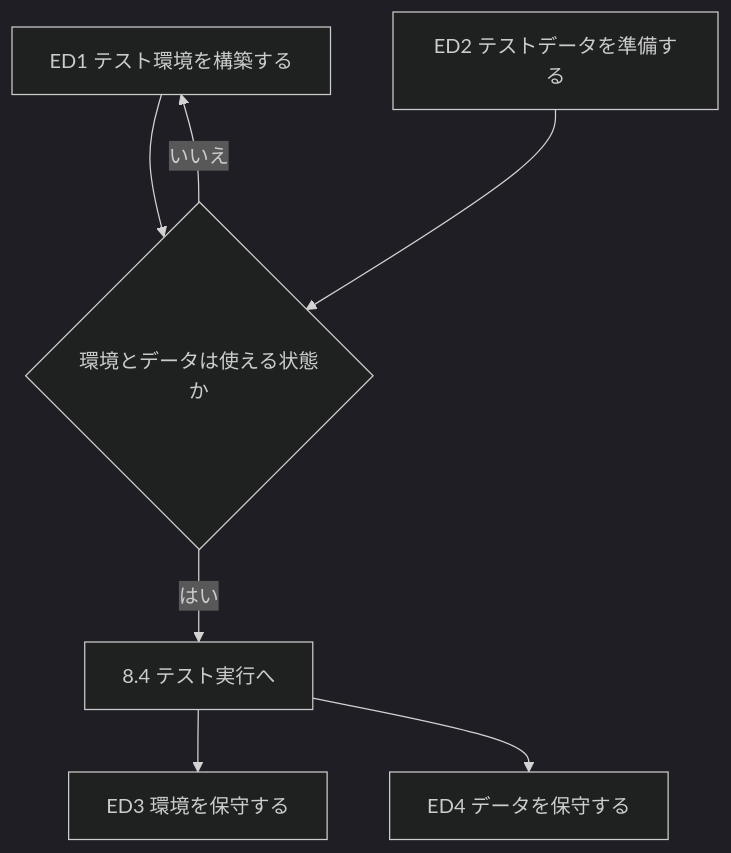
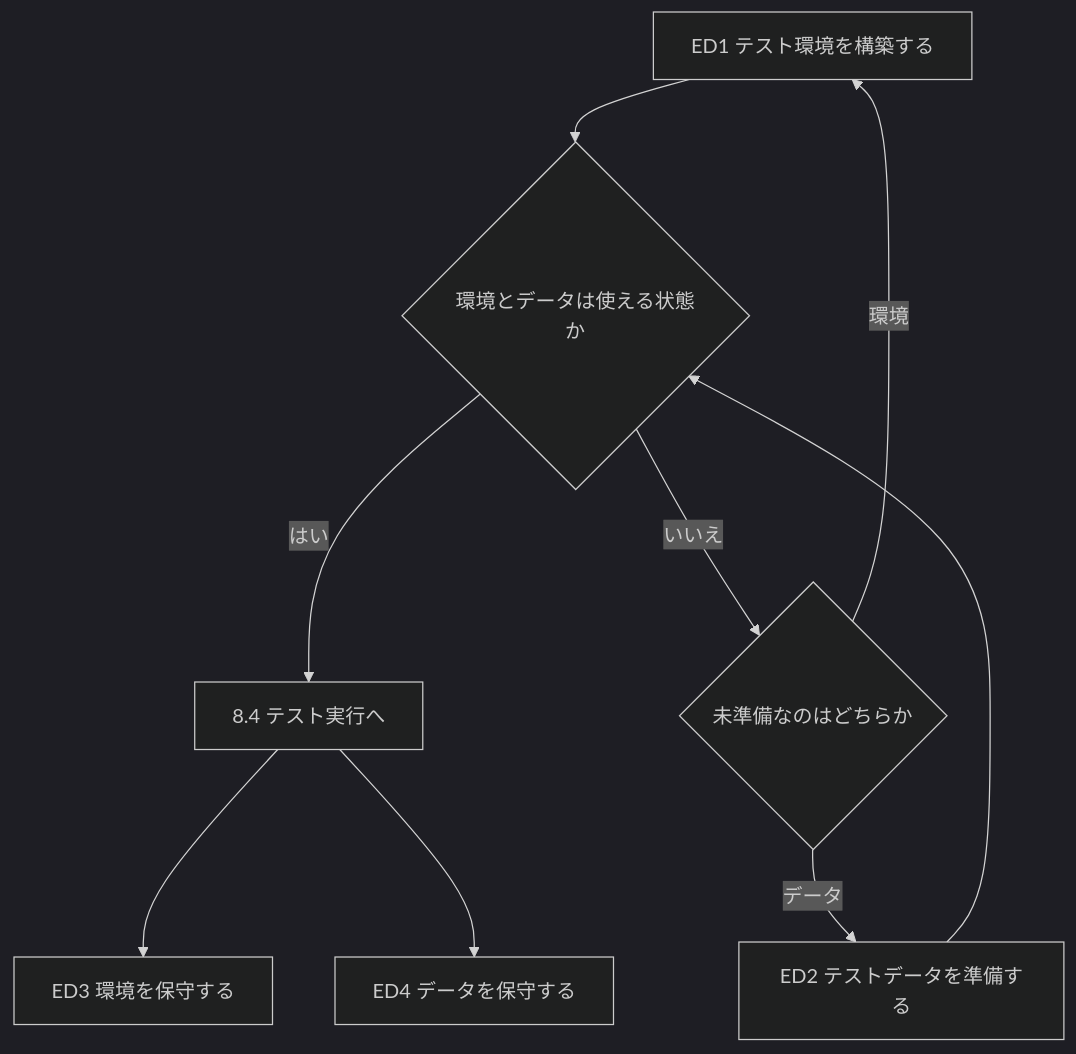
One commit to myoshi2891/Quality-Assurance-Studies changed diagram 11 of 17 in Iso-29119-2-test-processes-guide.md. Above: the diagram before and after it, drawn with Mermaid (dark theme). The commit also changed other lines of this file, not shown here.

Commit message:
docs(iso-29119-2): clarify test environment readiness and organizational test specification

````diff
--- a/Iso-29119-2-test-processes-guide.md
+++ b/Iso-29119-2-test-processes-guide.md
@@ -612,15 +612,17 @@
 ```mermaid
 flowchart TD
     EV1["ED1 テスト環境を構築する"]
     EV2["ED2 テストデータを準備する"]
     EV3{"環境とデータは使える状態か"}
     EV4["8.4 テスト実行へ"]
     EV5["ED3 環境を保守する"]
     EV6["ED4 データを保守する"]
     EV1 --> EV3
     EV2 --> EV3
     EV3 -->|"はい"| EV4
-    EV3 -->|"いいえ"| EV1
+    EV3 -->|"いいえ"| EV7{"未準備なのはどちらか"}
+    EV7 -->|"環境"| EV1
+    EV7 -->|"データ"| EV2
     EV4 --> EV5
     EV4 --> EV6
 ```
````
